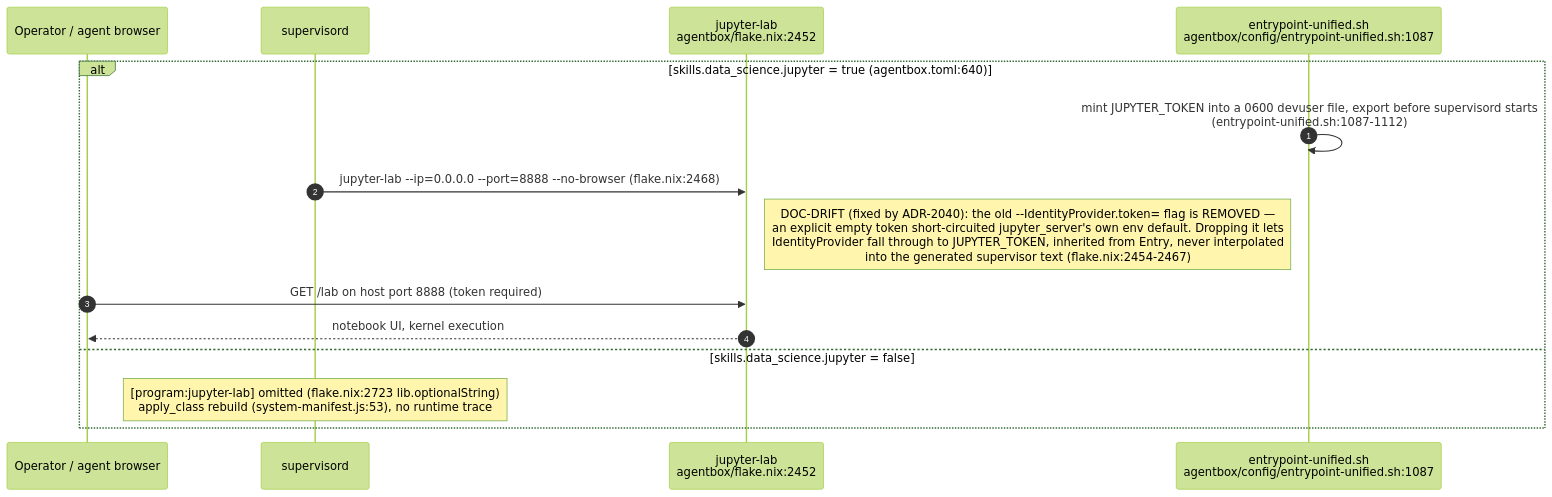
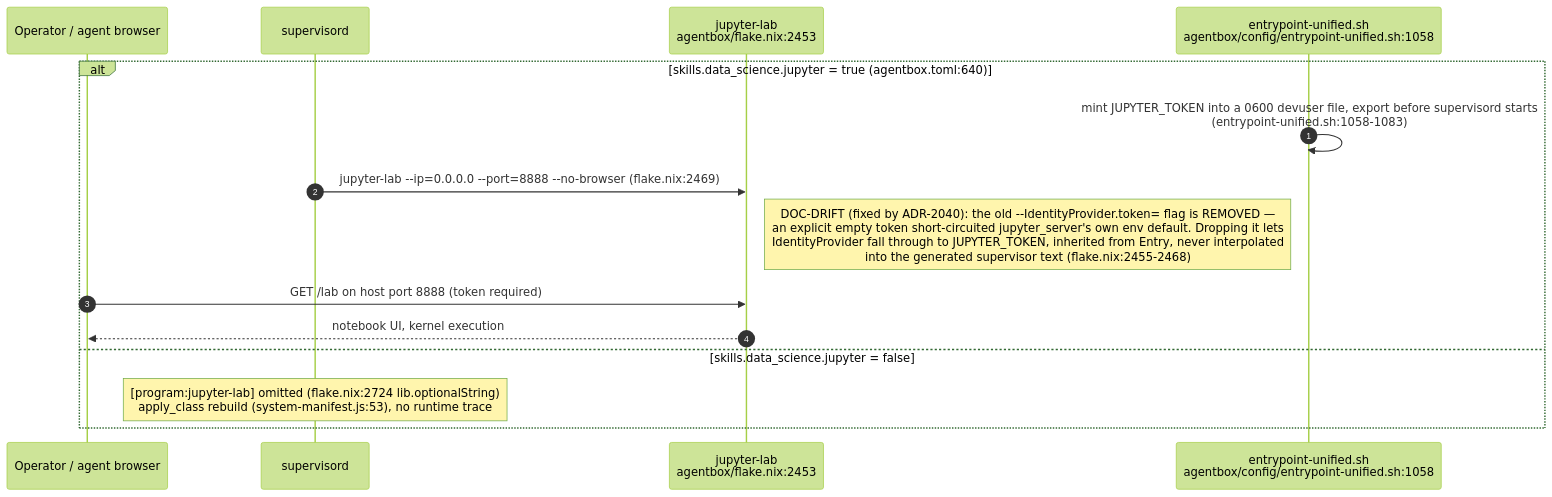
Before and after one commit to DreamLab-AI/VisionFlow: the fifth of 14 diagrams in docs/diagrams/agentbox/27-media-gpu-capability-services.md, drawn with Mermaid (forest theme). The commit also changed other lines of this file and 145 other files, not shown here.

````diff
--- a/docs/diagrams/agentbox/27-media-gpu-capability-services.md
+++ b/docs/diagrams/agentbox/27-media-gpu-capability-services.md
@@ -189,18 +190,18 @@
 ```mermaid
 sequenceDiagram
     autonumber
     participant Op as Operator / agent browser
     participant Sup as supervisord
-    participant Lab as jupyter-lab<br/>agentbox/flake.nix:2452
-    participant Entry as entrypoint-unified.sh<br/>agentbox/config/entrypoint-unified.sh:1087
+    participant Lab as jupyter-lab<br/>agentbox/flake.nix:2453
+    participant Entry as entrypoint-unified.sh<br/>agentbox/config/entrypoint-unified.sh:1058
 
     alt skills.data_science.jupyter = true (agentbox.toml:640)
-        Entry->>Entry: mint JUPYTER_TOKEN into a 0600 devuser file, export before supervisord starts<br/>(entrypoint-unified.sh:1087-1112)
-        Sup->>Lab: jupyter-lab --ip=0.0.0.0 --port=8888 --no-browser (flake.nix:2468)
-        Note right of Lab: DOC-DRIFT (fixed by ADR-2040): the old --IdentityProvider.token= flag is REMOVED —<br/>an explicit empty token short-circuited jupyter_server's own env default. Dropping it lets<br/>IdentityProvider fall through to JUPYTER_TOKEN, inherited from Entry, never interpolated<br/>into the generated supervisor text (flake.nix:2454-2467)
+        Entry->>Entry: mint JUPYTER_TOKEN into a 0600 devuser file, export before supervisord starts<br/>(entrypoint-unified.sh:1058-1083)
+        Sup->>Lab: jupyter-lab --ip=0.0.0.0 --port=8888 --no-browser (flake.nix:2469)
+        Note right of Lab: DOC-DRIFT (fixed by ADR-2040): the old --IdentityProvider.token= flag is REMOVED —<br/>an explicit empty token short-circuited jupyter_server's own env default. Dropping it lets<br/>IdentityProvider fall through to JUPYTER_TOKEN, inherited from Entry, never interpolated<br/>into the generated supervisor text (flake.nix:2455-2468)
         Op->>Lab: GET /lab on host port 8888 (token required)
         Lab-->>Op: notebook UI, kernel execution
     else skills.data_science.jupyter = false
-        Note over Sup: [program:jupyter-lab] omitted (flake.nix:2723 lib.optionalString)<br/>apply_class rebuild (system-manifest.js:53), no runtime trace
+        Note over Sup: [program:jupyter-lab] omitted (flake.nix:2724 lib.optionalString)<br/>apply_class rebuild (system-manifest.js:53), no runtime trace
     end
 ```
````
